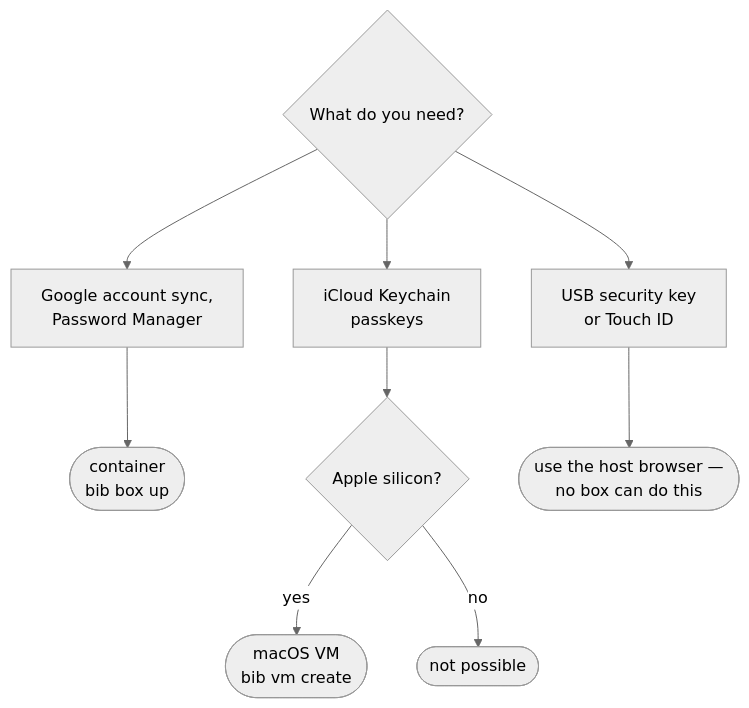
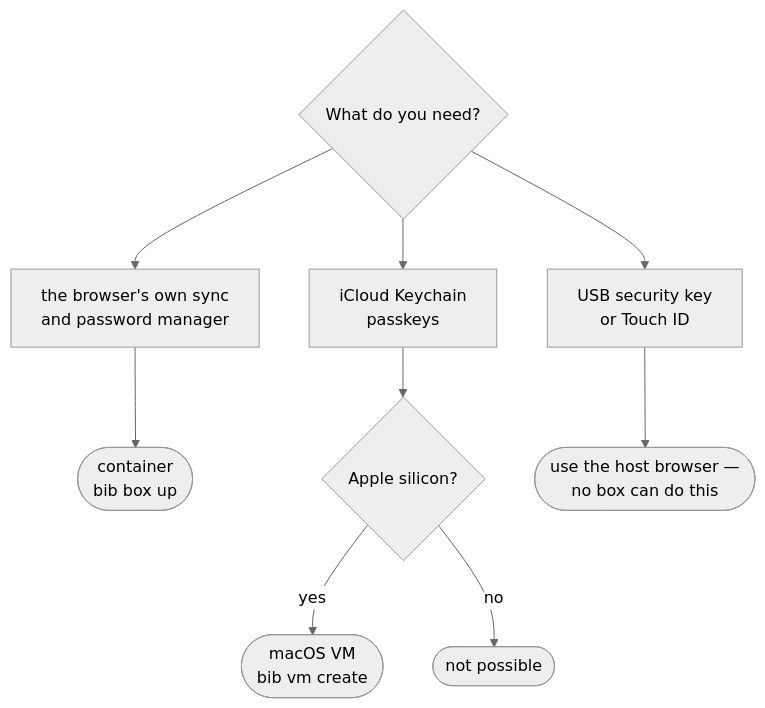
One commit to sapn95/browser-in-a-box changed the first of 3 diagrams in README.md. Above: the diagram before and after it, drawn with Mermaid (neutral theme). The commit also changed other lines of this file and 1 other file, not shown here.

First line of the commit message:
docs: the diagrams show three browsers, and the README is checked against the code

````diff
--- a/README.md
+++ b/README.md
@@ -73,11 +73,11 @@
 ```mermaid
 flowchart TD
-    A{What do you need?} --> B[Google account sync,<br/>Password Manager]
+    A{What do you need?} --> B[the browser's own sync<br/>and password manager]
     A --> C[iCloud Keychain<br/>passkeys]
     A --> D[USB security key<br/>or Touch ID]
     B --> E([container<br/>bib box up])
     C --> F{Apple silicon?}
     F -- yes --> G([macOS VM<br/>bib vm create])
     F -- no --> H([not possible])
     D --> I([use the host browser —<br/>no box can do this])
 ```
````
